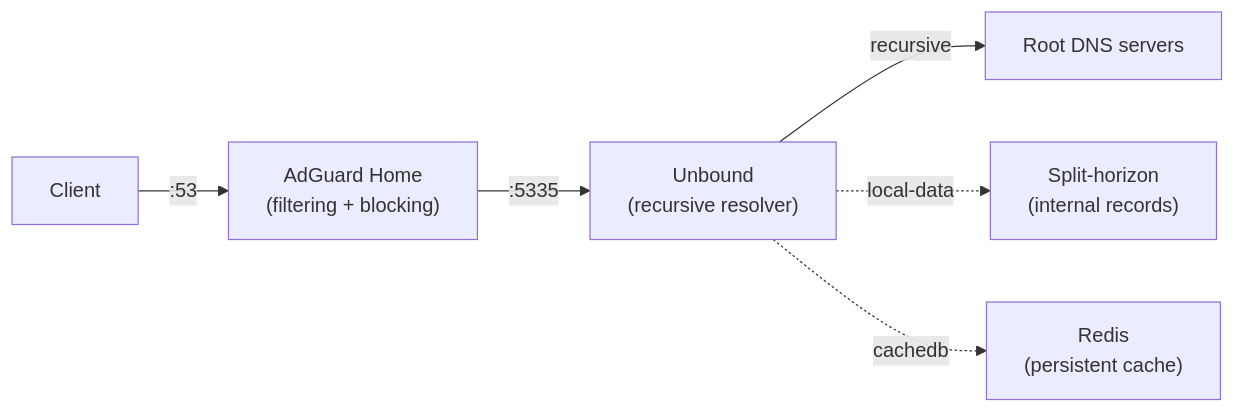
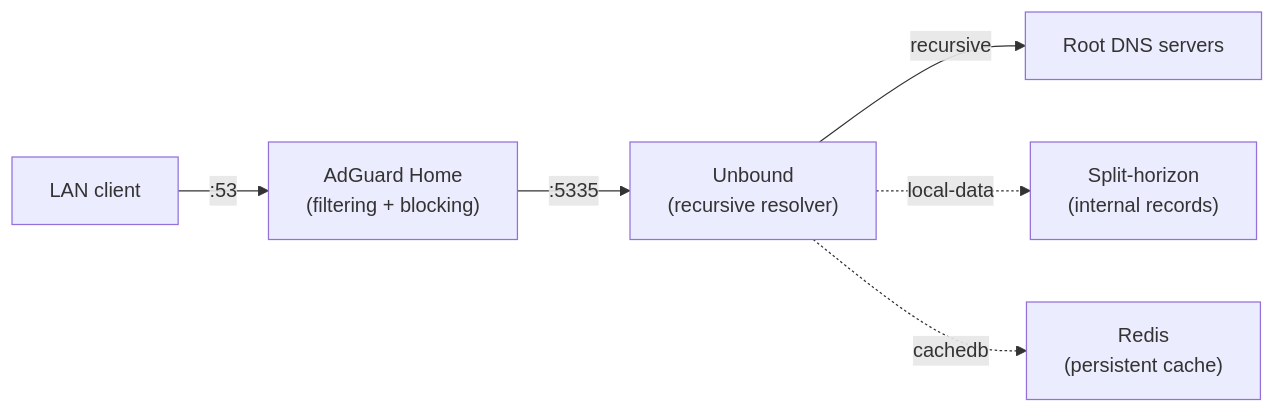
Before and after one commit to DevSecNinja/truenas-apps: the diagram in services/adguard/README.md, drawn with Mermaid. The commit also changed other lines of this file and 3 other files, not shown here.

Commit message:
docs(dns): document resilient DNS architecture (#792)

````diff
--- a/services/adguard/README.md
+++ b/services/adguard/README.md
@@ -31,8 +37,8 @@
 ```mermaid
 flowchart LR
-    Client -->|":53"| AdGuard["AdGuard Home\n(filtering + blocking)"]
+    Client["LAN client"] -->|":53"| AdGuard["AdGuard Home\n(filtering + blocking)"]
     AdGuard -->|":5335"| Unbound["Unbound\n(recursive resolver)"]
     Unbound -->|"recursive"| Root["Root DNS servers"]
     Unbound -.->|"local-data"| Split["Split-horizon\n(internal records)"]
     Unbound -.->|"cachedb"| Redis["Redis\n(persistent cache)"]
 ```
````
